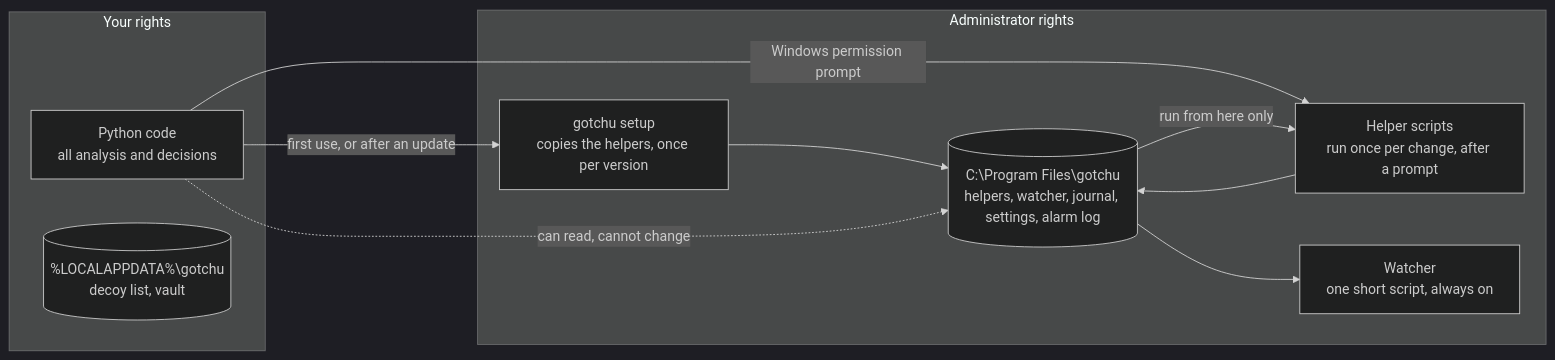
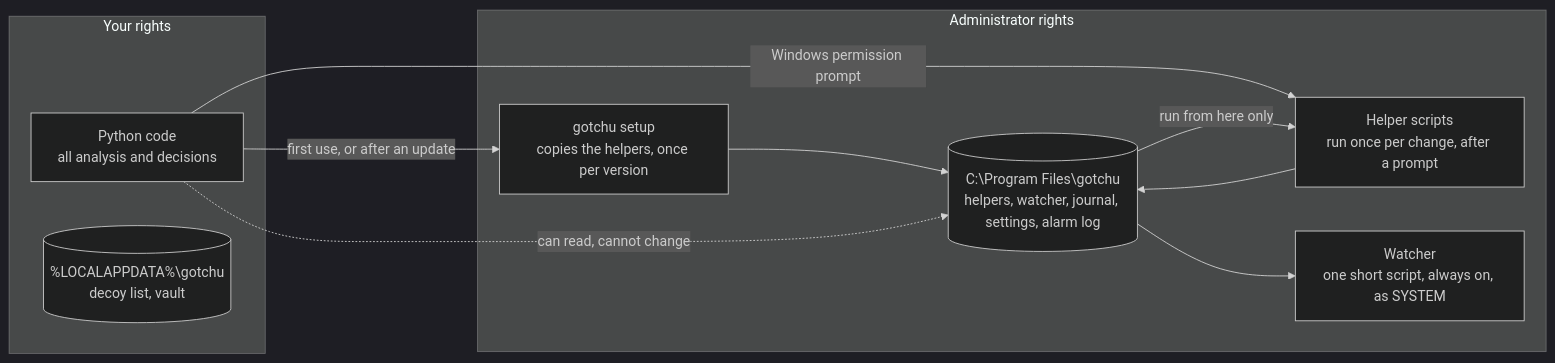
Before and after one commit to AnshMittal08/GotchU: the second of 7 diagrams in docs/ARCHITECTURE.md, drawn with Mermaid (dark theme). The commit also changed other lines of this file and 5 other files, not shown here.

````diff
--- a/docs/ARCHITECTURE.md
+++ b/docs/ARCHITECTURE.md
@@ -63,19 +64,19 @@
 ```mermaid
 flowchart LR
     subgraph you["Your rights"]
         py["Python code<br/>all analysis and decisions"]
         state[("%LOCALAPPDATA%\gotchu<br/>decoy list, vault")]
     end
     subgraph admin["Administrator rights"]
         install["gotchu setup<br/>copies the helpers, once per version"]
         once["Helper scripts<br/>run once per change, after a prompt"]
-        bg["Watcher<br/>one short script, always on"]
+        bg["Watcher<br/>one short script, always on, as SYSTEM"]
         pf[("C:\Program Files\gotchu<br/>helpers, watcher, journal, settings, alarm log")]
     end
     py -- "first use, or after an update" --> install --> pf
     py -- "Windows permission prompt" --> once
     pf -- "run from here only" --> once
     once --> pf
     pf --> bg
     py -. "can read, cannot change" .-> pf
 ```
````
